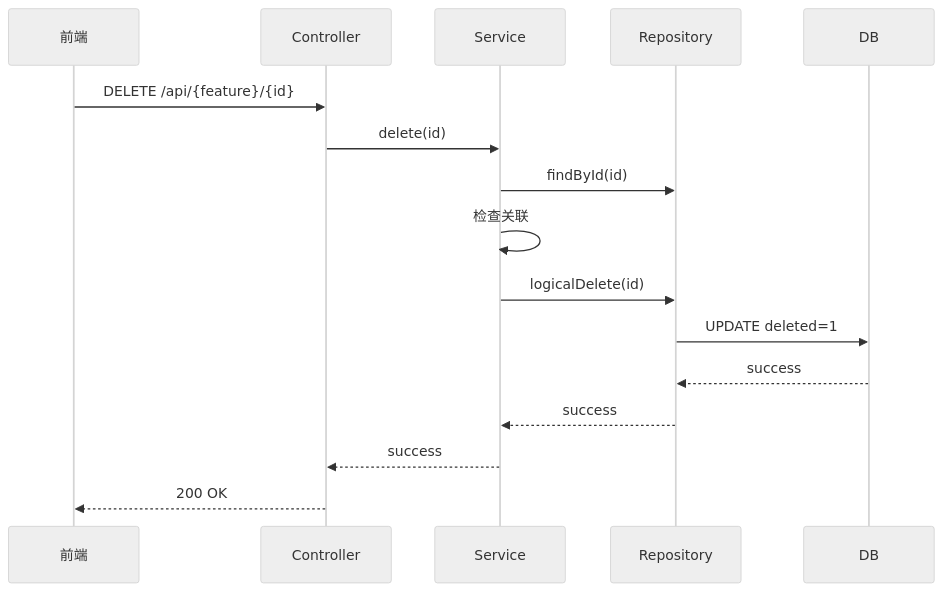
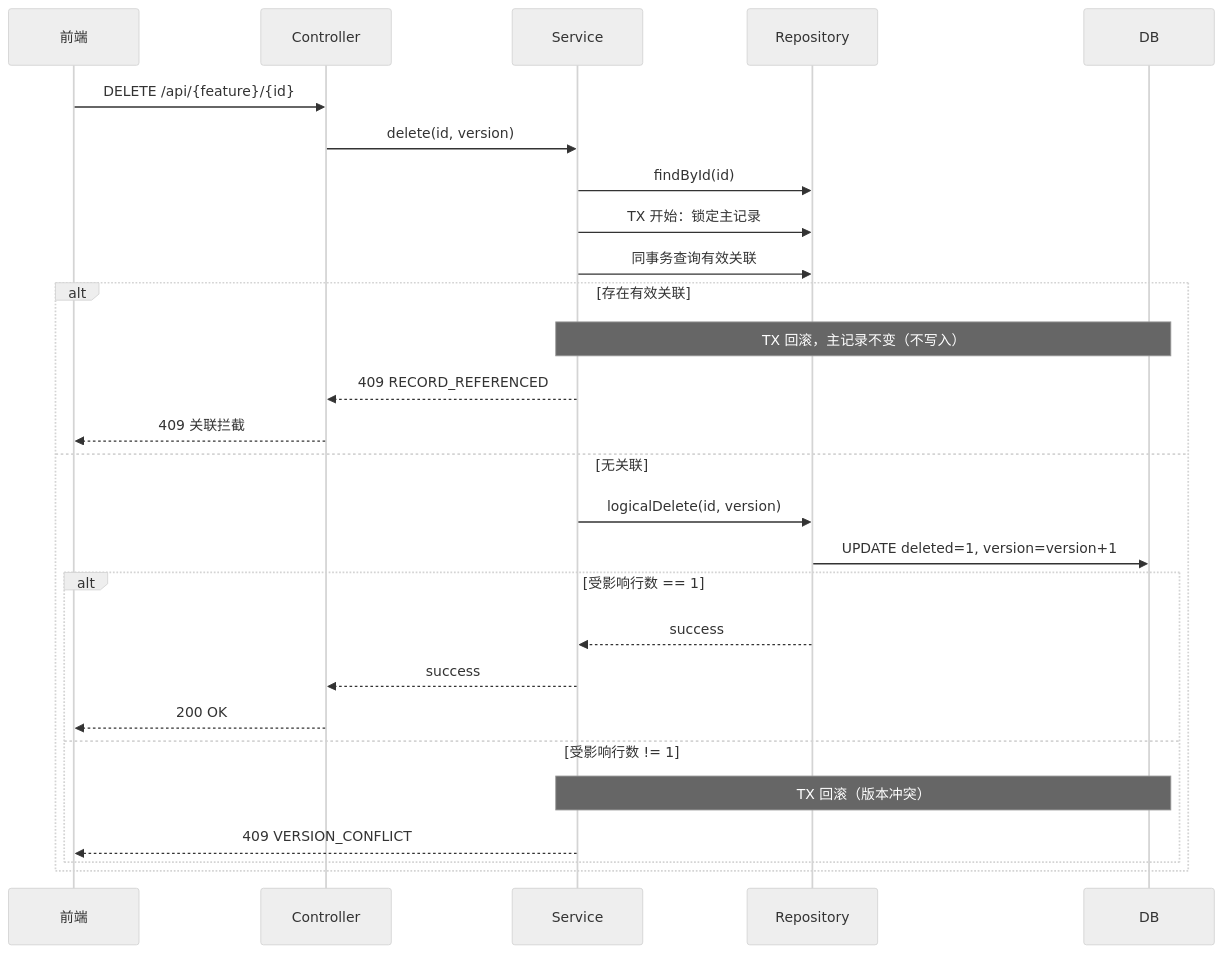
One commit to loveliunian/agent-skills changed the third of 3 diagrams in devflow/templates/详细设计-完整版-模板.md. Above: the diagram before and after it, drawn with Mermaid (neutral theme). The commit also changed other lines of this file and 144 other files, not shown here.

````diff
--- a/devflow/templates/详细设计-完整版-模板.md
+++ b/devflow/templates/详细设计-完整版-模板.md
@@ -417,19 +470,30 @@
 ```mermaid
 sequenceDiagram
     participant 前端
     participant Controller
     participant Service
     participant Repository
     participant DB
 
     前端->>Controller: DELETE /api/{feature}/{id}
-    Controller->>Service: delete(id)
+    Controller->>Service: delete(id, version)
     Service->>Repository: findById(id)
-    Service->>Service: 检查关联
-    Service->>Repository: logicalDelete(id)
-    Repository->>DB: UPDATE deleted=1
-    DB-->>Repository: success
-    Repository-->>Service: success
-    Service-->>Controller: success
-    Controller-->>前端: 200 OK
+    Service->>Repository: TX 开始：锁定主记录
+    Service->>Repository: 同事务查询有效关联
+    alt 存在有效关联
+        note over Service,DB: TX 回滚，主记录不变（不写入）
+        Service-->>Controller: 409 RECORD_REFERENCED
+        Controller-->>前端: 409 关联拦截
+    else 无关联
+        Service->>Repository: logicalDelete(id, version)
+        Repository->>DB: UPDATE deleted=1, version=version+1
+        alt 受影响行数 == 1
+            Repository-->>Service: success
+            Service-->>Controller: success
+            Controller-->>前端: 200 OK
+        else 受影响行数 != 1
+            note over Service,DB: TX 回滚（版本冲突）
+            Service-->>前端: 409 VERSION_CONFLICT
+        end
+    end
 ```
````
